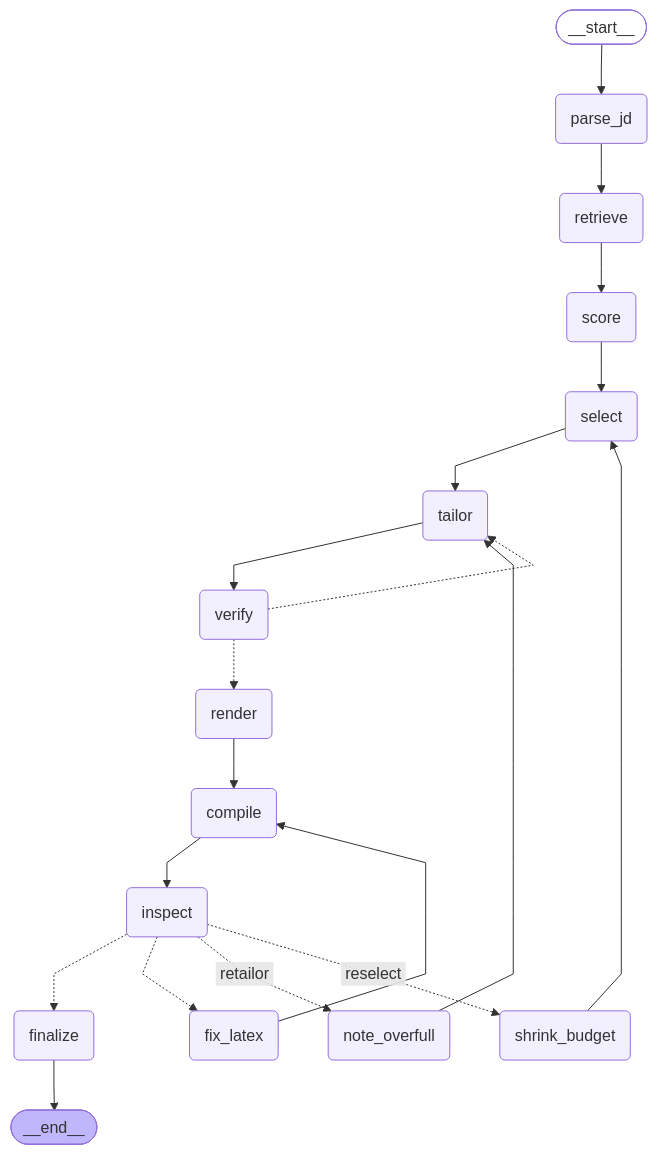
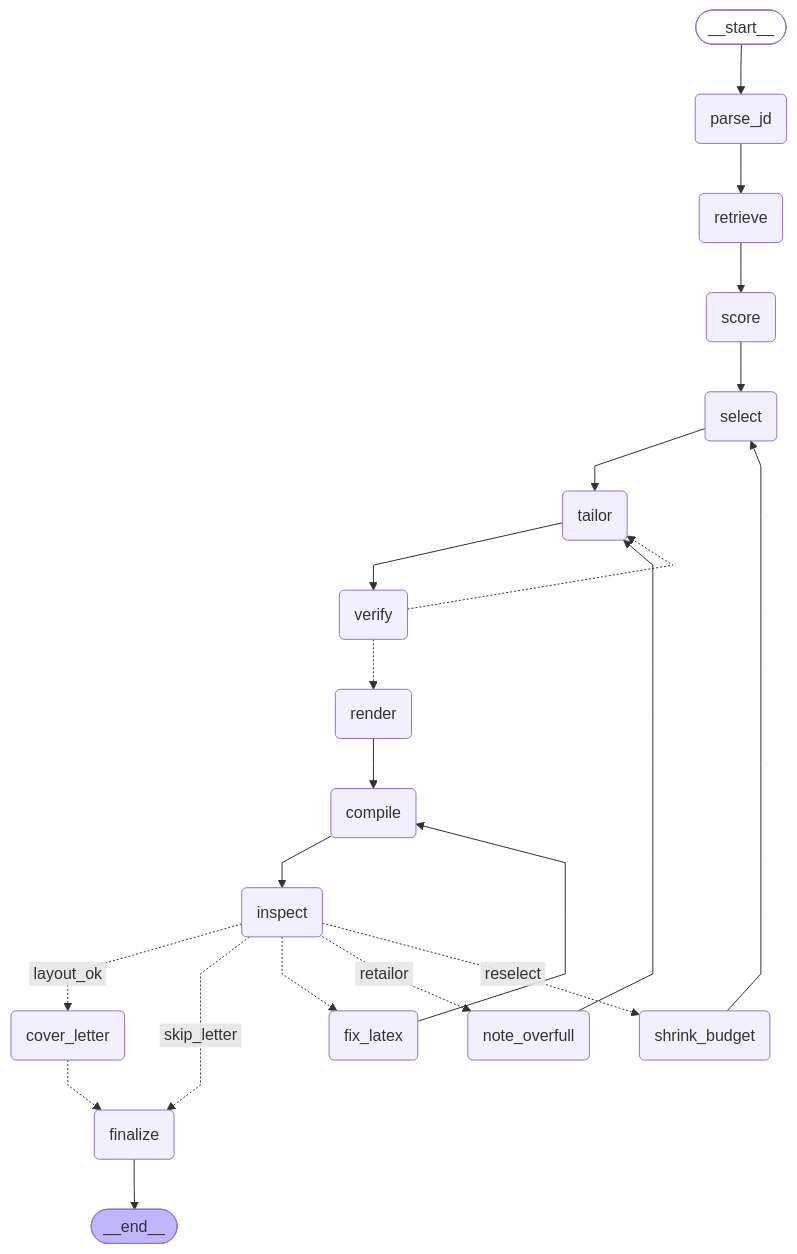
The diagram in README.md (jrdyfrdy/resume-agent), drawn with Mermaid before and after one commit. The commit also changed other lines of this file and 21 other files, not shown here.

First line of the commit message:
M6: cover letter subgraph

````diff
--- a/README.md
+++ b/README.md
@@ -183,44 +191,47 @@
 ```mermaid
 ---
 config:
   flowchart:
     curve: linear
 ---
 graph TD;
 	__start__([<p>__start__</p>]):::first
 	parse_jd(parse_jd)
 	retrieve(retrieve)
 	score(score)
 	select(select)
 	tailor(tailor)
 	verify(verify)
 	render(render)
 	compile(compile)
 	inspect(inspect)
 	fix_latex(fix_latex)
 	shrink_budget(shrink_budget)
 	note_overfull(note_overfull)
+	cover_letter(cover_letter)
 	finalize(finalize)
 	__end__([<p>__end__</p>]):::last
 	__start__ --> parse_jd;
 	compile --> inspect;
+	cover_letter -.-> finalize;
 	fix_latex --> compile;
-	inspect -.-> finalize;
+	inspect -. &nbsp;layout_ok&nbsp; .-> cover_letter;
+	inspect -. &nbsp;skip_letter&nbsp; .-> finalize;
 	inspect -.-> fix_latex;
 	inspect -. &nbsp;retailor&nbsp; .-> note_overfull;
 	inspect -. &nbsp;reselect&nbsp; .-> shrink_budget;
 	note_overfull --> tailor;
 	parse_jd --> retrieve;
 	render --> compile;
 	retrieve --> score;
 	score --> select;
 	select --> tailor;
 	shrink_budget --> select;
 	tailor --> verify;
 	verify -.-> render;
 	verify -.-> tailor;
 	finalize --> __end__;
 	classDef default fill:#f2f0ff,line-height:1.2
 	classDef first fill-opacity:0
 	classDef last fill:#bfb6fc
 ```
````
